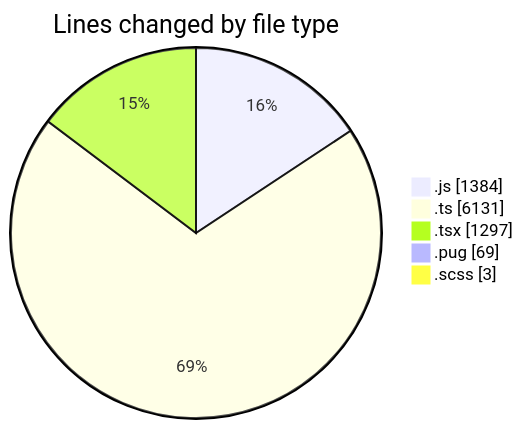
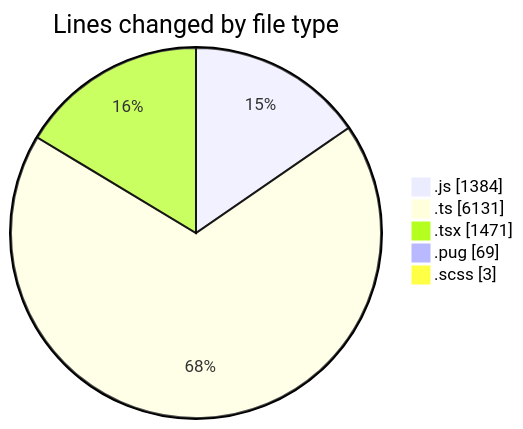
One commit to momahboobian/code-tracking changed the first of 2 diagrams in 2025-03-25/cda/README.md. Above: the diagram before and after it, drawn with Mermaid. The commit also changed other lines of this file and 1 other file, not shown here.

````diff
--- a/2025-03-25/cda/README.md
+++ b/2025-03-25/cda/README.md
@@ -37,9 +38,9 @@
 ```mermaid
 pie showData
 title Lines changed by file type
 ".js" : 1384
 ".ts" : 6131
-".tsx" : 1297
+".tsx" : 1471
 ".pug" : 69
 ".scss" : 3
 ```
````
